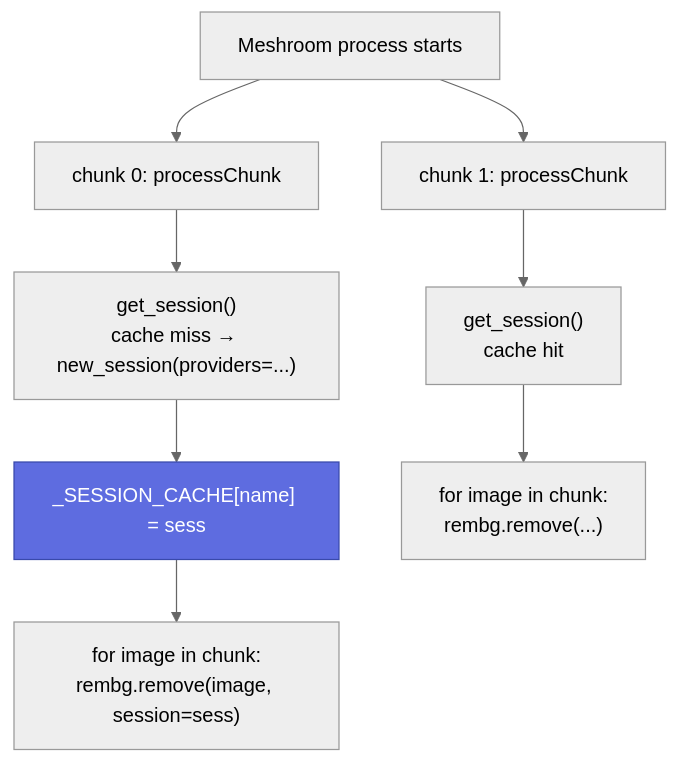
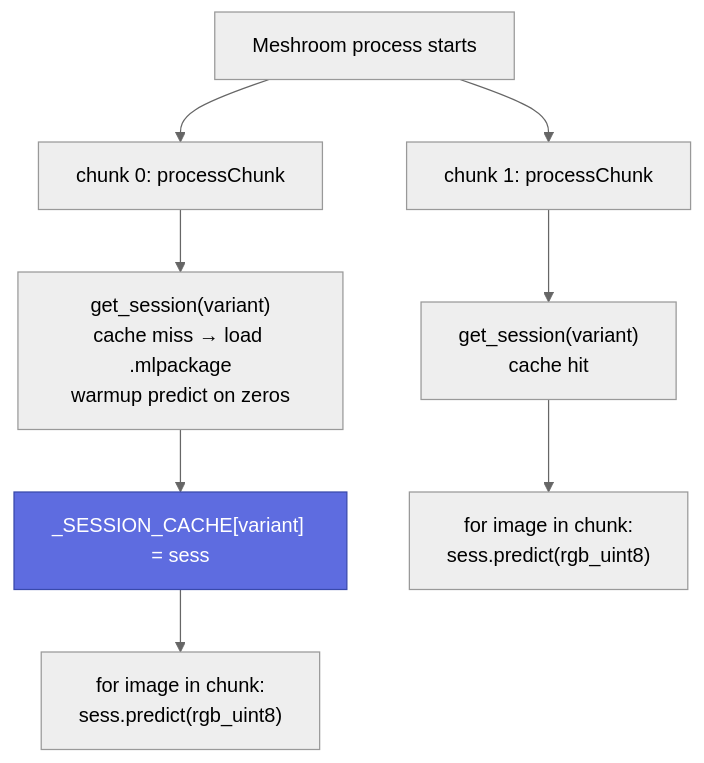
The second of 2 diagrams in docs/dev/segmentation-pipeline.md (SeedeXR/alicevision-for-mac), drawn with Mermaid (neutral theme) before and after one commit. The commit also changed other lines of this file and 32 other files, not shown here.

````diff
--- a/docs/dev/segmentation-pipeline.md
+++ b/docs/dev/segmentation-pipeline.md
@@ -88,16 +101,16 @@
 ```mermaid
 flowchart TB
     P["Meshroom process starts"]
     C1["chunk 0: processChunk"]
-    GS["get_session()<br/>cache miss → new_session(providers=...)"]
-    CACHE["_SESSION_CACHE[name] = sess"]
-    LOOP["for image in chunk:<br/>rembg.remove(image, session=sess)"]
+    GS["get_session(variant)<br/>cache miss → load .mlpackage<br/>warmup predict on zeros"]
+    CACHE["_SESSION_CACHE[variant] = sess"]
+    LOOP["for image in chunk:<br/>sess.predict(rgb_uint8)"]
     C2["chunk 1: processChunk"]
-    HIT["get_session()<br/>cache hit"]
-    LOOP2["for image in chunk:<br/>rembg.remove(...)"]
+    HIT["get_session(variant)<br/>cache hit"]
+    LOOP2["for image in chunk:<br/>sess.predict(rgb_uint8)"]
 
     P --> C1 --> GS --> CACHE --> LOOP
     P --> C2 --> HIT --> LOOP2
 
     style CACHE fill:#5e6ce0,stroke:#3949ab,color:#fff
 ```
````
